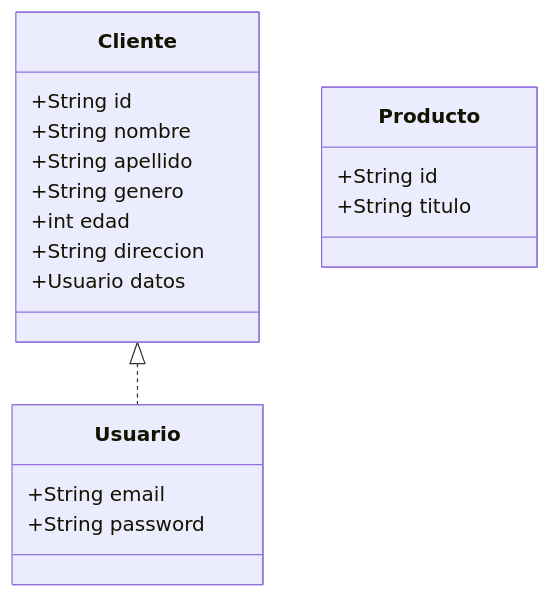
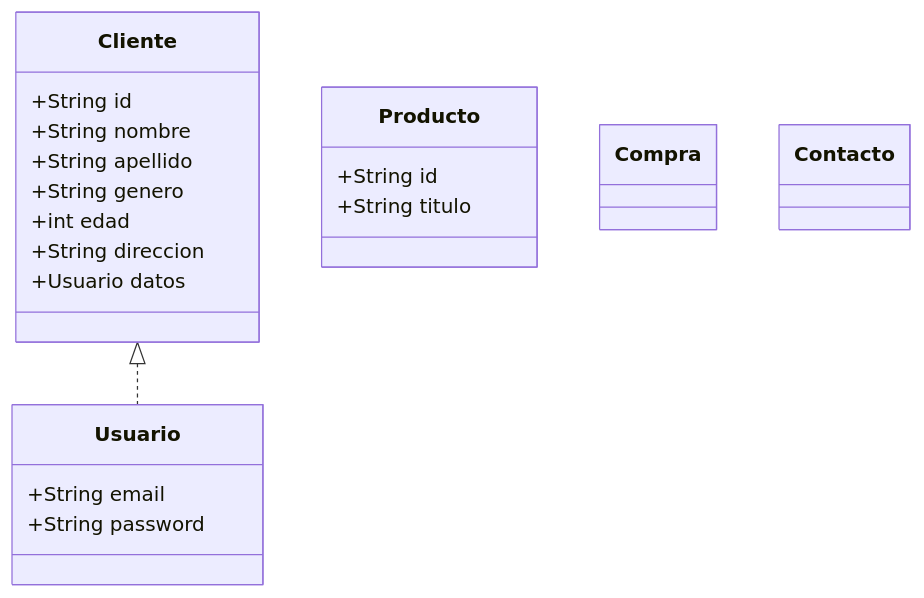
One commit to agustinyedro/cervezadackel changed the diagram in README.md. Above: the diagram before and after it, drawn with Mermaid. The commit also changed other lines of this file and 9 other files, not shown here.

````diff
--- a/README.md
+++ b/README.md
@@ -41,22 +46,27 @@
 ```mermaid
 classDiagram
     Cliente <|.. Usuario
     class Cliente{
      +String id
      +String nombre
      +String apellido
      +String genero
      +int edad
      +String direccion
      +Usuario datos
     }
     class Usuario{
     +String email
     +String password
     }
 
     class Producto{
      +String id
      +String titulo
     }
+
+    class Compra{
+    }
+    class Contacto{
+    }
 ```
````
